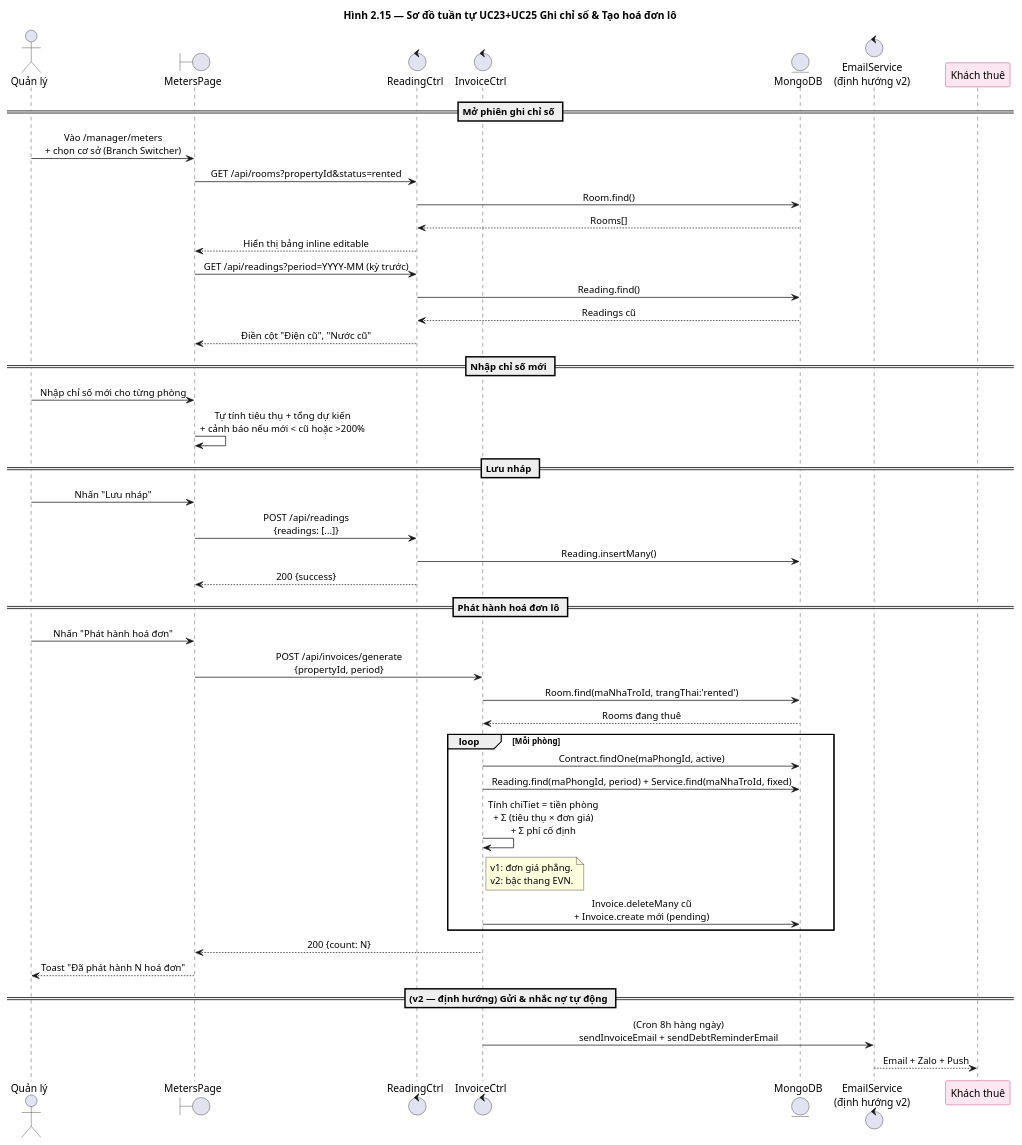
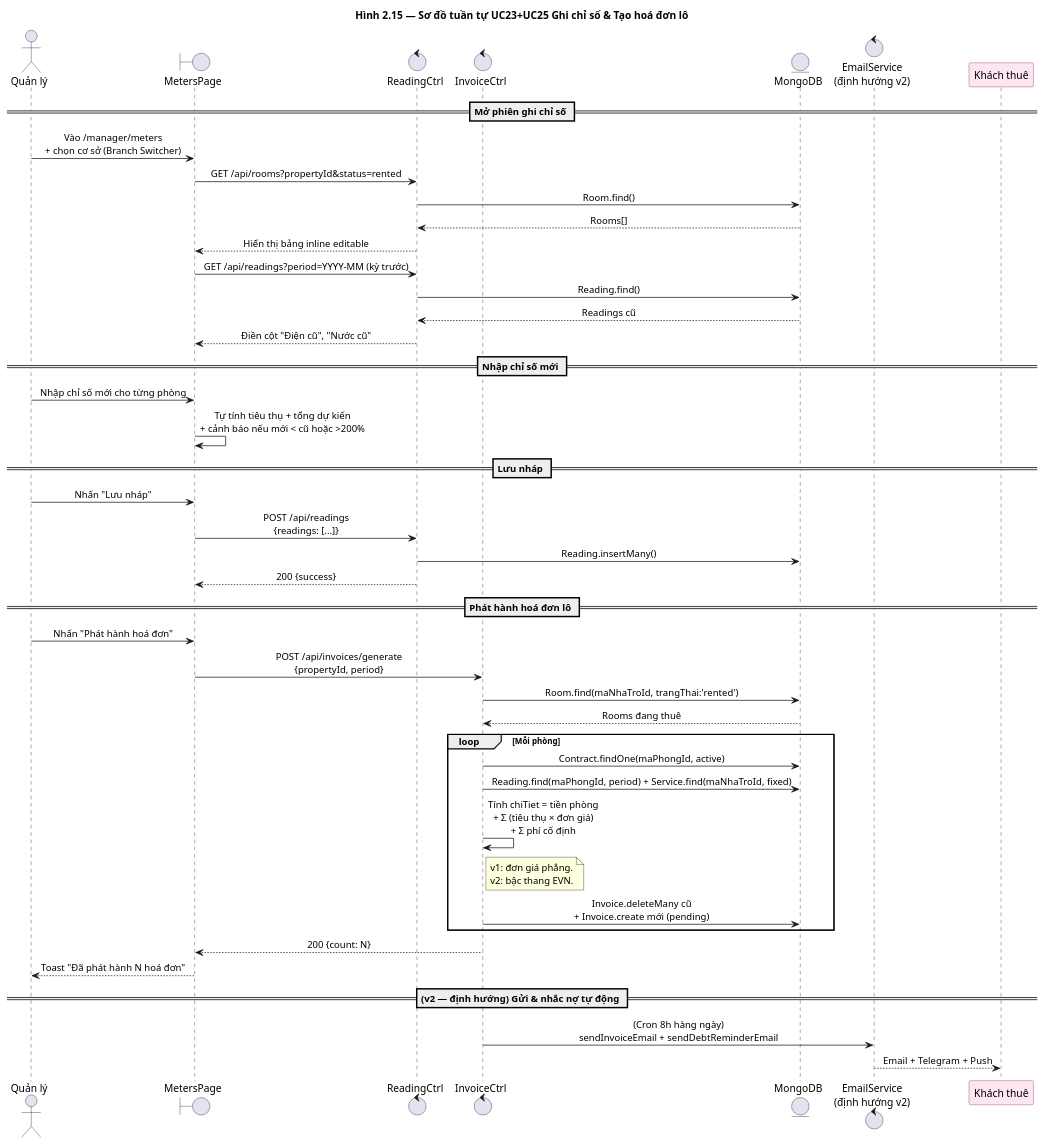
One commit to DiepTuHuy/Hostel_Management changed the diagram in docs/diagrams/2.15_seq_meter_invoice.puml. Above: the diagram before and after it, drawn with PlantUML. The commit also changed 32 other files, not shown here.

```diff
--- a/docs/diagrams/2.15_seq_meter_invoice.puml
+++ b/docs/diagrams/2.15_seq_meter_invoice.puml
@@ -1,59 +1,59 @@
 @startuml Seq_Meter_Invoice
 title Hình 2.15 — Sơ đồ tuần tự UC23+UC25 Ghi chỉ số & Tạo hoá đơn lô
 
 skinparam shadowing false
 skinparam sequenceMessageAlign center
 skinparam ParticipantBackgroundColor #FBE6F1
 skinparam ParticipantBorderColor #AD1457
 
 actor       "Quản lý"            as Mgr
 boundary    "MetersPage"         as UI
 control     "ReadingCtrl"        as Meter
 control     "InvoiceCtrl"        as Bill
 entity      "MongoDB"            as DB
 control     "EmailService\n(định hướng v2)" as Mail
 
 == Mở phiên ghi chỉ số ==
 Mgr -> UI : Vào /manager/meters\n+ chọn cơ sở (Branch Switcher)
 UI -> Meter : GET /api/rooms?propertyId&status=rented
 Meter -> DB : Room.find()
 DB --> Meter : Rooms[]
 Meter --> UI : Hiển thị bảng inline editable
 UI -> Meter : GET /api/readings?period=YYYY-MM (kỳ trước)
 Meter -> DB : Reading.find()
 DB --> Meter : Readings cũ
 Meter --> UI : Điền cột "Điện cũ", "Nước cũ"
 
 == Nhập chỉ số mới ==
 Mgr -> UI : Nhập chỉ số mới cho từng phòng
 UI -> UI : Tự tính tiêu thụ + tổng dự kiến\n+ cảnh báo nếu mới < cũ hoặc >200%
 
 == Lưu nháp ==
 Mgr -> UI : Nhấn "Lưu nháp"
 UI -> Meter : POST /api/readings\n{readings: [...]}
 Meter -> DB : Reading.insertMany()
 Meter --> UI : 200 {success}
 
 == Phát hành hoá đơn lô ==
 Mgr -> UI : Nhấn "Phát hành hoá đơn"
 UI -> Bill : POST /api/invoices/generate\n{propertyId, period}
 Bill -> DB : Room.find(maNhaTroId, trangThai:'rented')
 DB --> Bill : Rooms đang thuê
 loop Mỗi phòng
     Bill -> DB : Contract.findOne(maPhongId, active)
     Bill -> DB : Reading.find(maPhongId, period) + Service.find(maNhaTroId, fixed)
     Bill -> Bill : Tính chiTiet = tiền phòng\n+ Σ (tiêu thụ × đơn giá)\n+ Σ phí cố định
     note right of Bill
       v1: đơn giá phẳng.
       v2: bậc thang EVN.
     end note
     Bill -> DB : Invoice.deleteMany cũ\n+ Invoice.create mới (pending)
 end
 Bill --> UI : 200 {count: N}
 UI --> Mgr : Toast "Đã phát hành N hoá đơn"
 
 == (v2 — định hướng) Gửi & nhắc nợ tự động ==
 Bill -> Mail : (Cron 8h hàng ngày)\nsendInvoiceEmail + sendDebtReminderEmail
-Mail --> "Khách thuê" : Email + Zalo + Push
+Mail --> "Khách thuê" : Email + Telegram + Push
 
 @enduml
```
